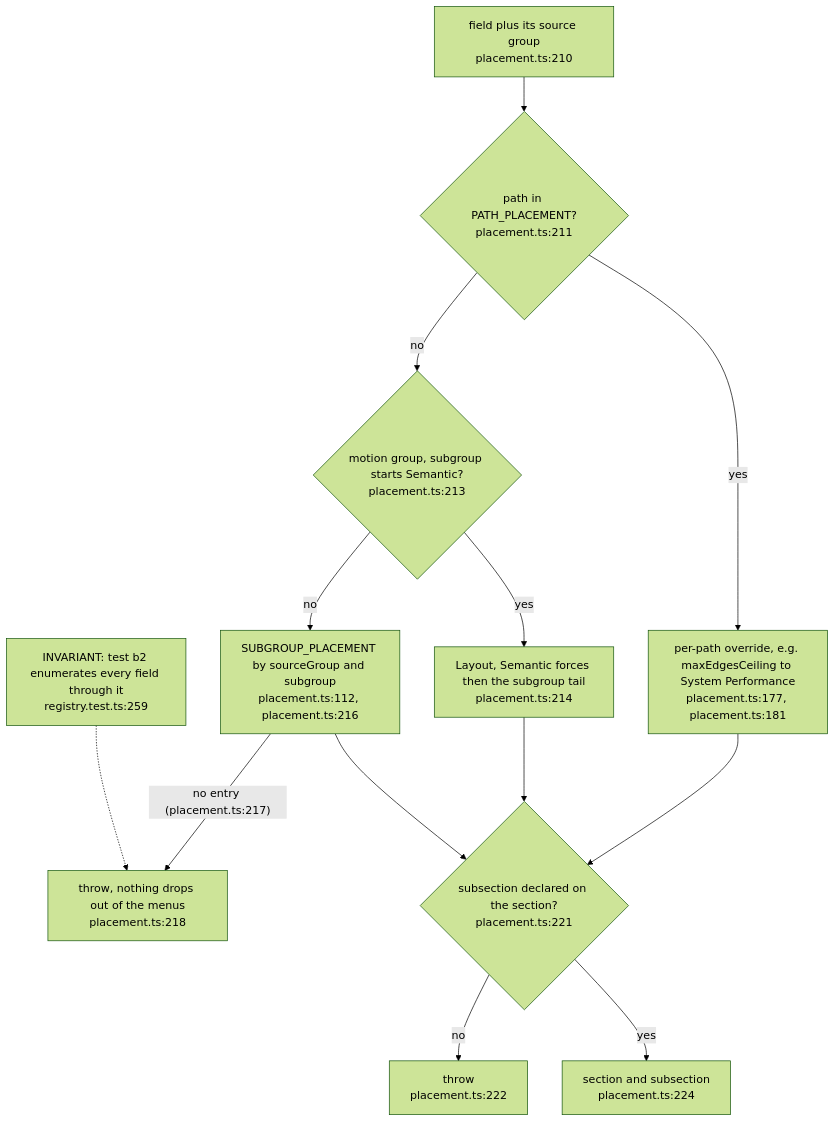
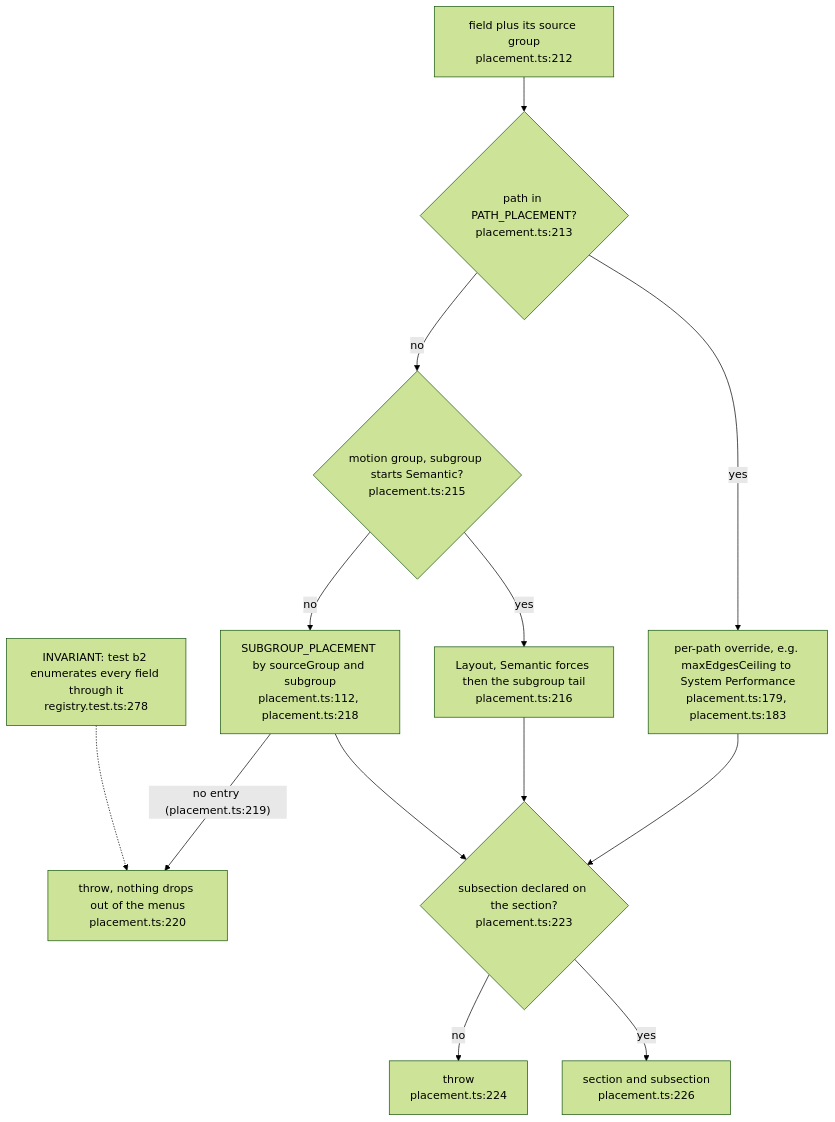
Before and after one commit to DreamLab-AI/VisionFlow: the second of 12 diagrams in docs/diagrams/visionclaw/57-control-centre-ia-and-drawer.md, drawn with Mermaid (forest theme). The commit also changed other lines of this file and 81 other files, not shown here.

First line of the commit message:
docs(diagrams): roll VisionClaw topics to main 010e1109b (PR 37 and 38 merged); fix remaining prose citations

````diff
--- a/docs/diagrams/visionclaw/57-control-centre-ia-and-drawer.md
+++ b/docs/diagrams/visionclaw/57-control-centre-ia-and-drawer.md
@@ -110,15 +110,15 @@
 ```mermaid
 flowchart TB
-    IN["field plus its source group<br/>placement.ts:210"] --> P1{"path in PATH_PLACEMENT?<br/>placement.ts:211"}
-    P1 -->|yes| OV["per-path override, e.g. maxEdgesCeiling to System Performance<br/>placement.ts:177, placement.ts:181"]
-    P1 -->|no| P2{"motion group, subgroup starts Semantic?<br/>placement.ts:213"}
-    P2 -->|yes| SEM["Layout, Semantic forces then the subgroup tail<br/>placement.ts:214"]
-    P2 -->|no| P3["SUBGROUP_PLACEMENT by sourceGroup and subgroup<br/>placement.ts:112, placement.ts:216"]
-    P3 -->|"no entry (placement.ts:217)"| THROW["throw, nothing drops out of the menus<br/>placement.ts:218"]
-    OV --> CHK{"subsection declared on the section?<br/>placement.ts:221"}
+    IN["field plus its source group<br/>placement.ts:212"] --> P1{"path in PATH_PLACEMENT?<br/>placement.ts:213"}
+    P1 -->|yes| OV["per-path override, e.g. maxEdgesCeiling to System Performance<br/>placement.ts:179, placement.ts:183"]
+    P1 -->|no| P2{"motion group, subgroup starts Semantic?<br/>placement.ts:215"}
+    P2 -->|yes| SEM["Layout, Semantic forces then the subgroup tail<br/>placement.ts:216"]
+    P2 -->|no| P3["SUBGROUP_PLACEMENT by sourceGroup and subgroup<br/>placement.ts:112, placement.ts:218"]
+    P3 -->|"no entry (placement.ts:219)"| THROW["throw, nothing drops out of the menus<br/>placement.ts:220"]
+    OV --> CHK{"subsection declared on the section?<br/>placement.ts:223"}
     SEM --> CHK
     P3 --> CHK
-    CHK -->|no| THROW2["throw<br/>placement.ts:222"]
-    CHK -->|yes| OUT["section and subsection<br/>placement.ts:224"]
-    T["INVARIANT: test b2 enumerates every field through it<br/>registry.test.ts:259"] -.-> THROW
+    CHK -->|no| THROW2["throw<br/>placement.ts:224"]
+    CHK -->|yes| OUT["section and subsection<br/>placement.ts:226"]
+    T["INVARIANT: test b2 enumerates every field through it<br/>registry.test.ts:278"] -.-> THROW
 ```
````
